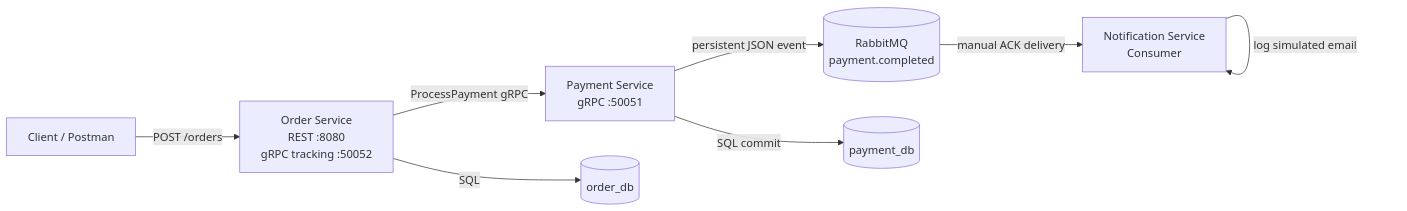
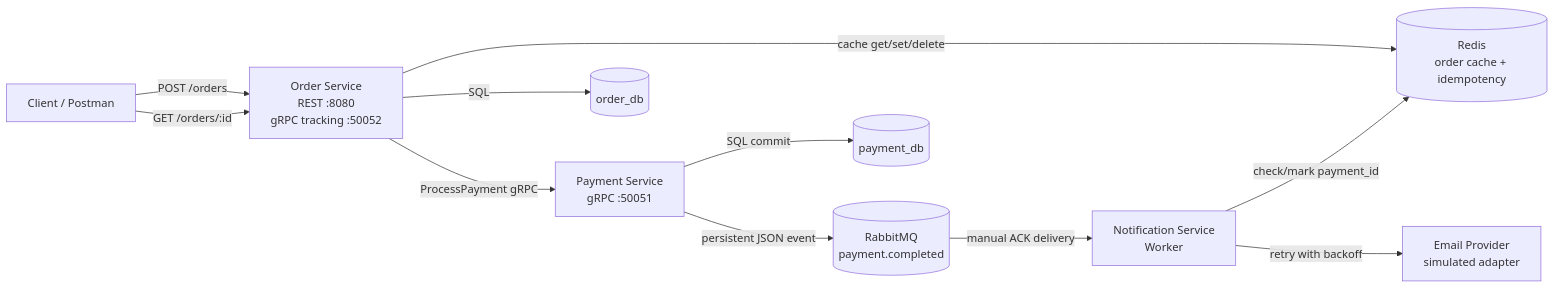
Before and after one commit to Casper-242464/Assignment-1_ADP2: the diagram in README.md, drawn with Mermaid. The commit also changed other lines of this file and 15 other files, not shown here.

````diff
--- a/README.md
+++ b/README.md
@@ -11,18 +11,23 @@
 ```mermaid
 flowchart LR
     C[Client / Postman]
     O[Order Service<br/>REST :8080<br/>gRPC tracking :50052]
     P[Payment Service<br/>gRPC :50051]
     MQ[(RabbitMQ<br/>payment.completed)]
-    N[Notification Service<br/>Consumer]
+    N[Notification Service<br/>Worker]
     ODB[(order_db)]
     PDB[(payment_db)]
+    R[(Redis<br/>order cache + idempotency)]
+    EP[Email Provider<br/>simulated adapter]
 
     C -->|POST /orders| O
+    C -->|GET /orders/:id| O
+    O -->|cache get/set/delete| R
     O -->|SQL| ODB
     O -->|ProcessPayment gRPC| P
     P -->|SQL commit| PDB
     P -->|persistent JSON event| MQ
     MQ -->|manual ACK delivery| N
-    N -->|log simulated email| N
+    N -->|check/mark payment_id| R
+    N -->|retry with backoff| EP
 ```
````
